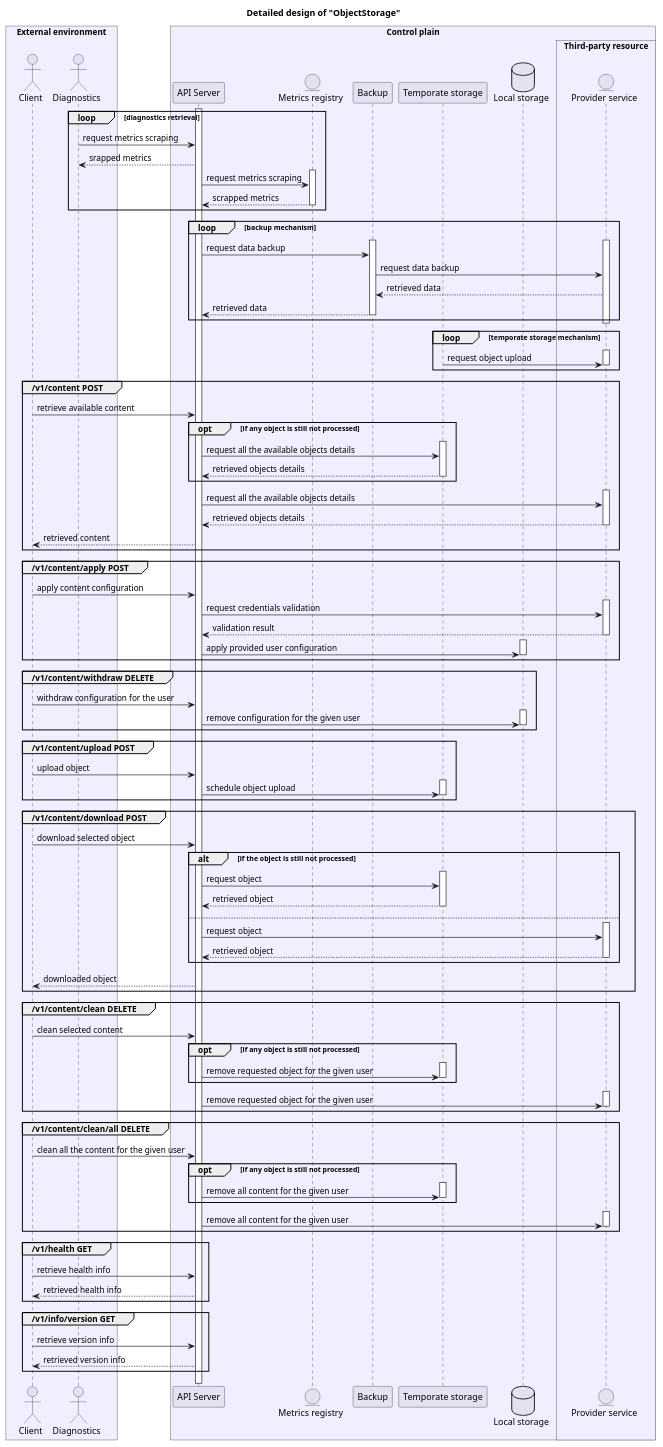
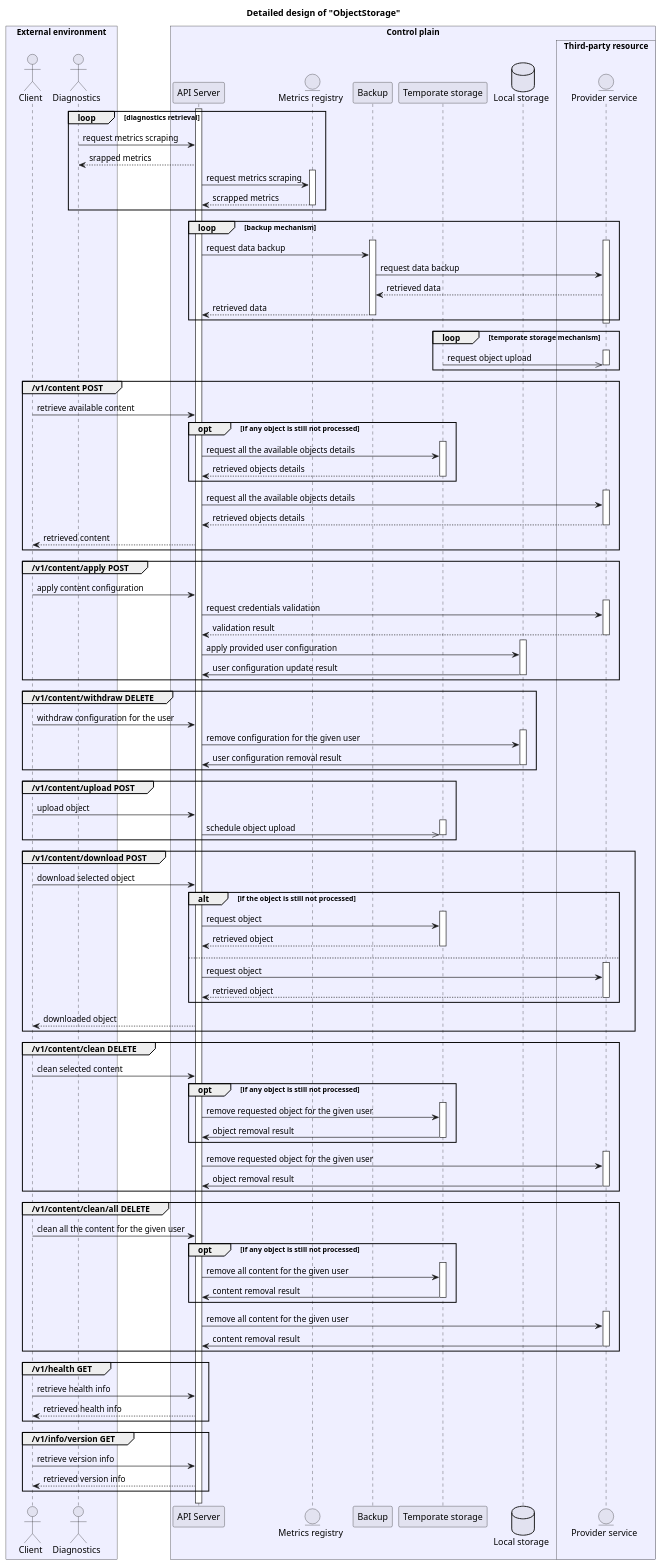
The diagram in docs/detailed-design.md (YarikRevich/ObjectStorage), drawn with PlantUML before and after one commit. The commit also changed 24 other files, not shown here.

```diff
--- a/docs/detailed-design.md
+++ b/docs/detailed-design.md
@@ -51,7 +51,7 @@
 loop temporate storage mechanism
 
 activate externalservice
-temporatestorage -> externalservice : request object upload
+temporatestorage ->> externalservice : request object upload
 deactivate externalservice
 
 end loop
@@ -89,6 +89,7 @@
 
 activate localstorage
 apiserver -> localstorage: apply provided user configuration
+localstorage -> apiserver: user configuration update result
 deactivate localstorage
 
 end group
@@ -99,6 +100,7 @@
 
 activate localstorage
 apiserver -> localstorage: remove configuration for the given user
+localstorage -> apiserver: user configuration removal result
 deactivate localstorage
 
 end group
@@ -108,7 +110,7 @@
 client -> apiserver: upload object
 
 activate temporatestorage
-apiserver -> temporatestorage: schedule object upload
+apiserver ->> temporatestorage: schedule object upload
 deactivate temporatestorage
 
 end group
@@ -145,12 +147,14 @@
 
 activate temporatestorage
 apiserver -> temporatestorage: remove requested object for the given user
+temporatestorage -> apiserver: object removal result
 deactivate temporatestorage
 
 end opt
 
 activate externalservice
 apiserver -> externalservice: remove requested object for the given user
+externalservice -> apiserver: object removal result
 deactivate externalservice
 
 end group
@@ -163,12 +167,14 @@
 
 activate temporatestorage
 apiserver -> temporatestorage: remove all content for the given user
+temporatestorage -> apiserver: content removal result
 deactivate temporatestorage
 
 end opt
 
 activate externalservice
 apiserver -> externalservice: remove all content for the given user
+externalservice -> apiserver: content removal result
 deactivate externalservice
 
 end group
```
